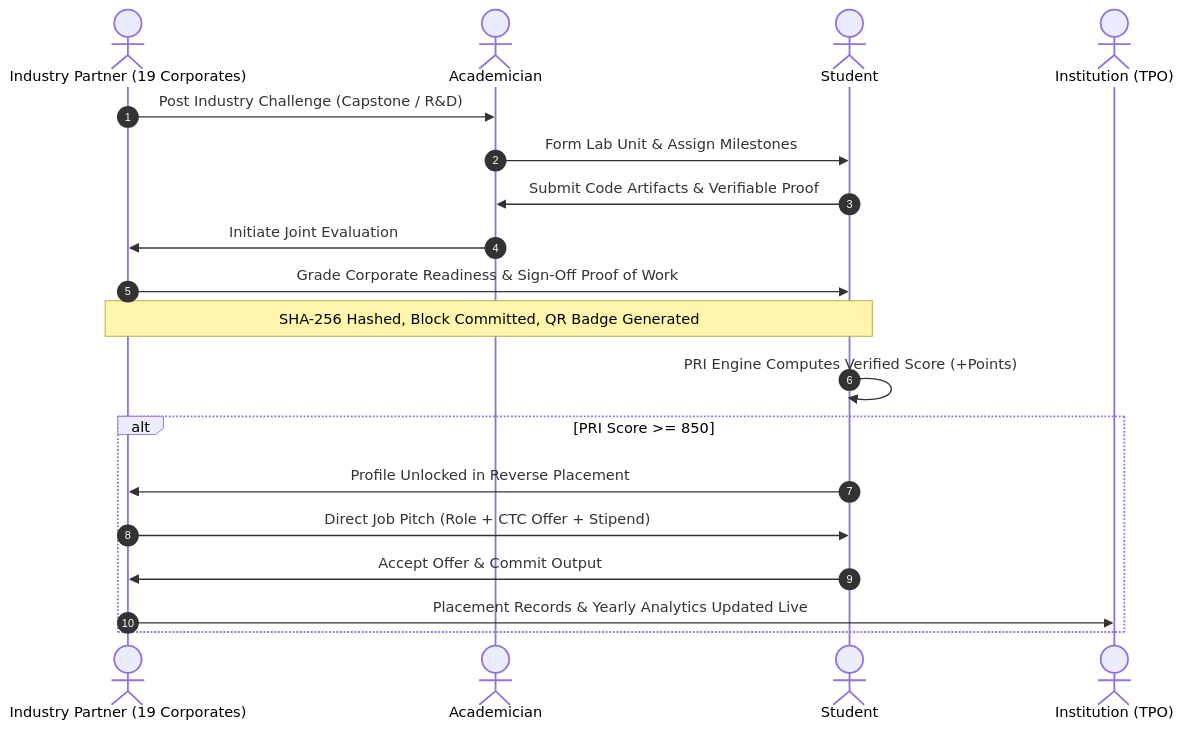
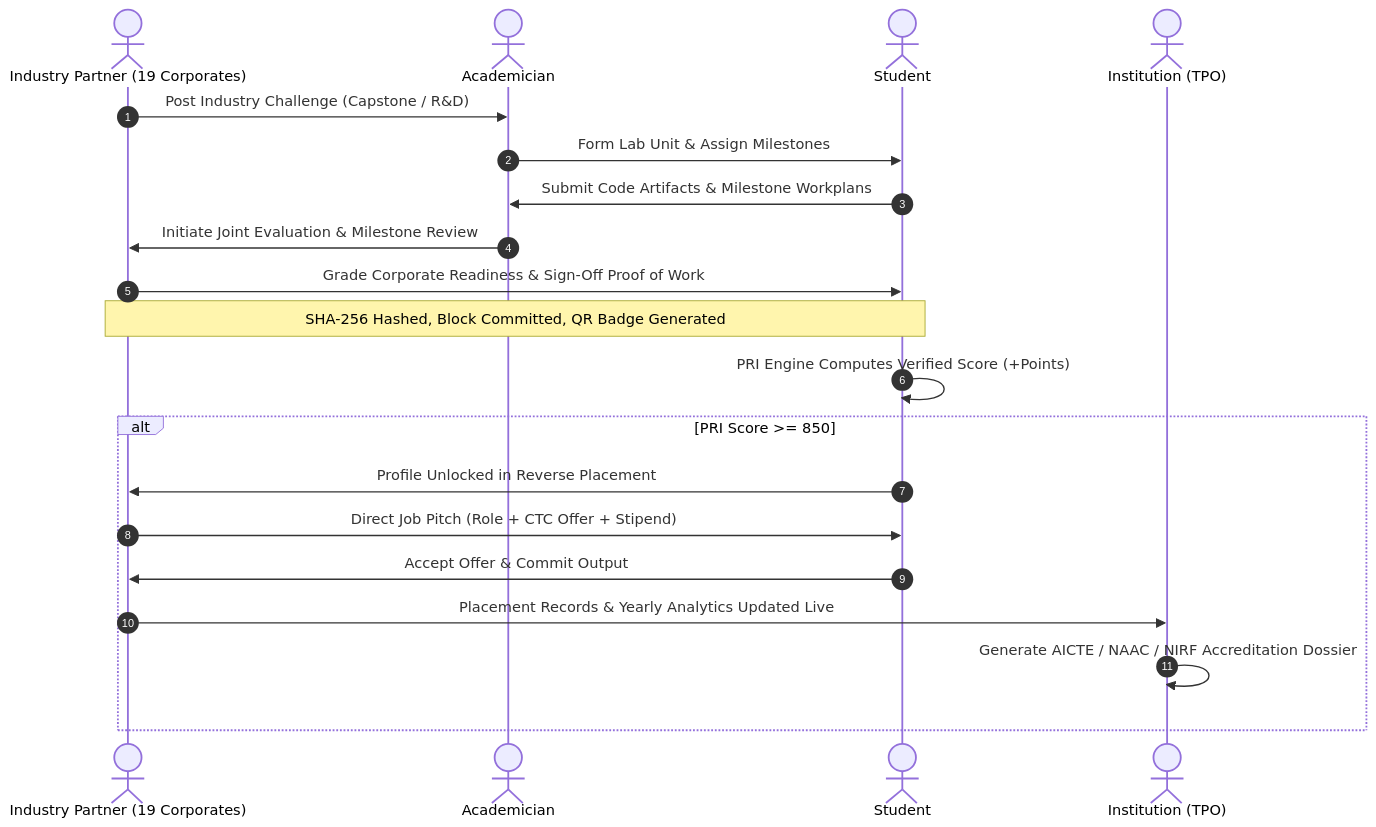
Before and after one commit to Phantom-Coders-Team/SkillBridge: the second of 2 diagrams in README.md, drawn with Mermaid. The commit also changed other lines of this file, not shown here.

Commit message:
docs: modernize README with ATS kanban, custom assessments, faculty milestones, bulk roster & accreditation dossier

````diff
--- a/README.md
+++ b/README.md
@@ -231,22 +257,23 @@
 ```mermaid
 sequenceDiagram
     autonumber
     actor Industry as Industry Partner (19 Corporates)
     actor Faculty as Academician
     actor Student as Student
     actor TPO as Institution (TPO)
 
     Industry->>Faculty: Post Industry Challenge (Capstone / R&D)
     Faculty->>Student: Form Lab Unit & Assign Milestones
-    Student->>Faculty: Submit Code Artifacts & Verifiable Proof
-    Faculty->>Industry: Initiate Joint Evaluation
+    Student->>Faculty: Submit Code Artifacts & Milestone Workplans
+    Faculty->>Industry: Initiate Joint Evaluation & Milestone Review
     Industry->>Student: Grade Corporate Readiness & Sign-Off Proof of Work
     Note over Student,Industry: SHA-256 Hashed, Block Committed, QR Badge Generated
     Student->>Student: PRI Engine Computes Verified Score (+Points)
     alt PRI Score >= 850
         Student->>Industry: Profile Unlocked in Reverse Placement
         Industry->>Student: Direct Job Pitch (Role + CTC Offer + Stipend)
         Student->>Industry: Accept Offer & Commit Output
         Industry->>TPO: Placement Records & Yearly Analytics Updated Live
+        TPO->>TPO: Generate AICTE / NAAC / NIRF Accreditation Dossier
     end
 ```
````
